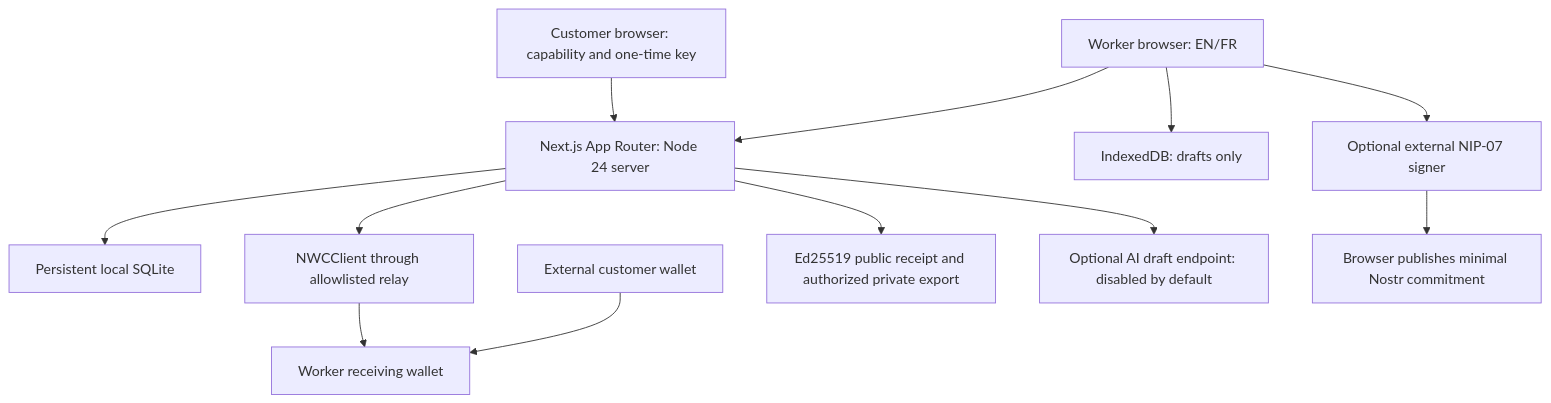
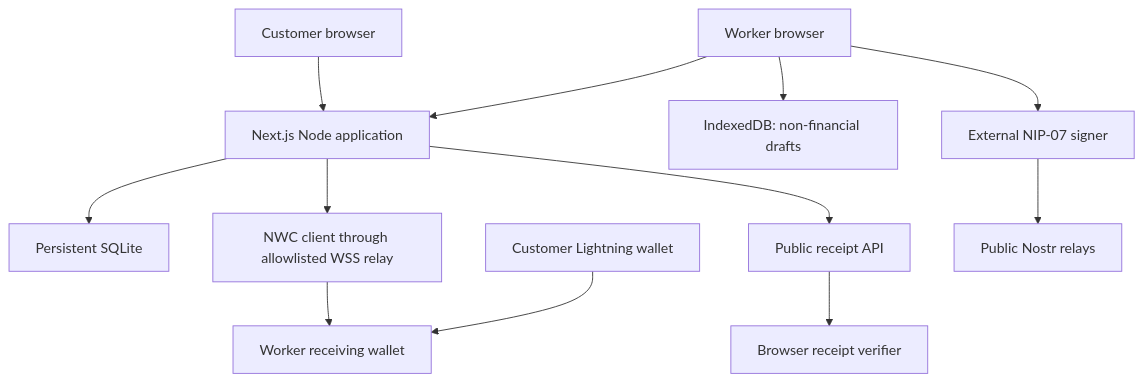
One commit to ansonj-dev/jefpass changed the first of 3 diagrams in ARCHITECTURE.md. Above: the diagram before and after it, drawn with Mermaid. The commit also changed other lines of this file and 1 other file, not shown here.

Commit message:
Rewrite JëfPass README and architecture guide

````diff
--- a/ARCHITECTURE.md
+++ b/ARCHITECTURE.md
@@ -7,14 +7,14 @@
-```mermaid
+~~~~mermaid
 flowchart TD
-    W[Worker browser: EN/FR] --> S[Next.js App Router: Node 24 server]
-    C[Customer browser: capability and one-time key] --> S
-    W --> D[IndexedDB: drafts only]
-    S --> DB[Persistent local SQLite]
-    S --> NWC[NWCClient through allowlisted relay]
-    NWC --> RW[Worker receiving wallet]
-    CW[External customer wallet] --> RW
-    S --> R[Ed25519 public receipt and authorized private export]
-    W --> NS[Optional external NIP-07 signer]
-    NS --> NR[Browser publishes minimal Nostr commitment]
-    S --> AI[Optional AI draft endpoint: disabled by default]
-```
+  W[Worker browser] --> APP[Next.js Node application]
+  C[Customer browser] --> APP
+  W --> IDB[IndexedDB: non-financial drafts]
+  APP --> DB[Persistent SQLite]
+  APP --> NWC[NWC client through allowlisted WSS relay]
+  NWC --> WALLET[Worker receiving wallet]
+  PAYER[Customer Lightning wallet] --> WALLET
+  W --> NIP07[External NIP-07 signer]
+  NIP07 --> RELAYS[Public Nostr relays]
+  APP --> VERIFY[Public receipt API]
+  VERIFY --> V[Browser receipt verifier]
+~~~~
````
